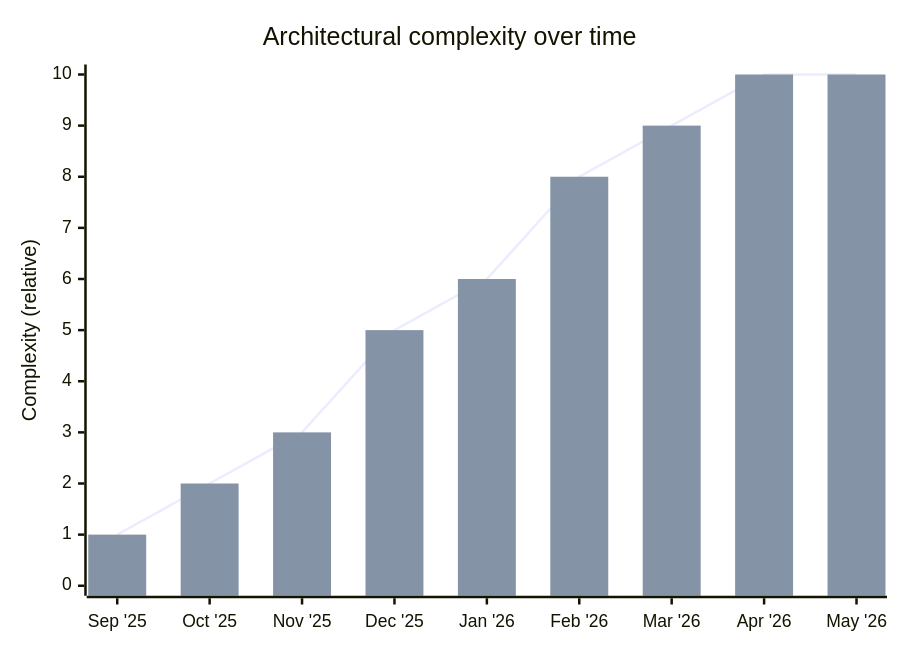
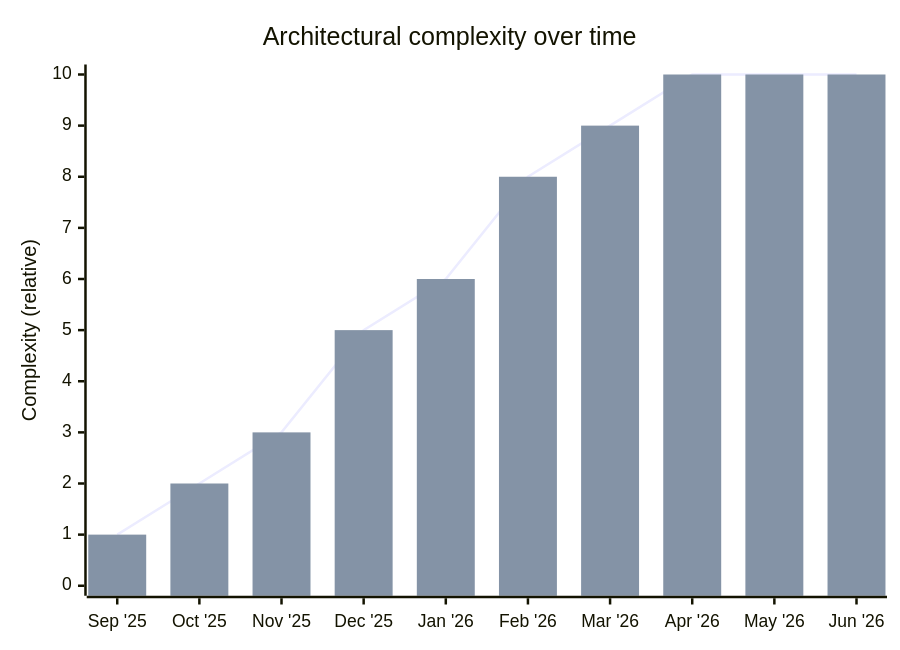
Before and after one commit to BenoitGoethals/WarriorFit: the second of 3 diagrams in Readme.md, drawn with Mermaid. The commit also changed other lines of this file and 4 other files, not shown here.

First line of the commit message:
docs: update evolution timeline with MFFT Eval and Test Analytics integration

````diff
--- a/Readme.md
+++ b/Readme.md
@@ -147,8 +163,8 @@
 ```mermaid
 xychart-beta
     title "Architectural complexity over time"
-    x-axis ["Sep '25", "Oct '25", "Nov '25", "Dec '25", "Jan '26", "Feb '26", "Mar '26", "Apr '26", "May '26"]
+    x-axis ["Sep '25", "Oct '25", "Nov '25", "Dec '25", "Jan '26", "Feb '26", "Mar '26", "Apr '26", "May '26", "Jun '26"]
     y-axis "Complexity (relative)" 0 --> 10
-    line [1, 2, 3, 5, 6, 8, 9, 10, 10]
-    bar  [1, 2, 3, 5, 6, 8, 9, 10, 10]
+    line [1, 2, 3, 5, 6, 8, 9, 10, 10, 10]
+    bar  [1, 2, 3, 5, 6, 8, 9, 10, 10, 10]
 ```
````
